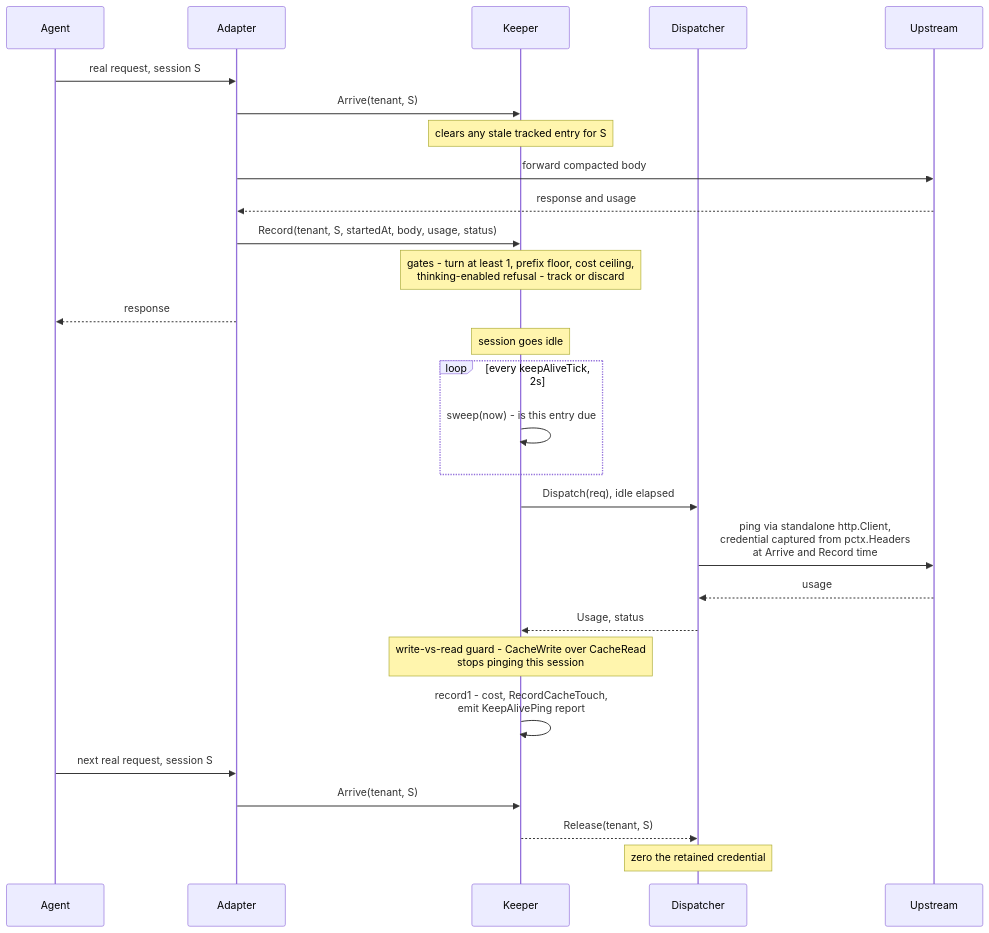
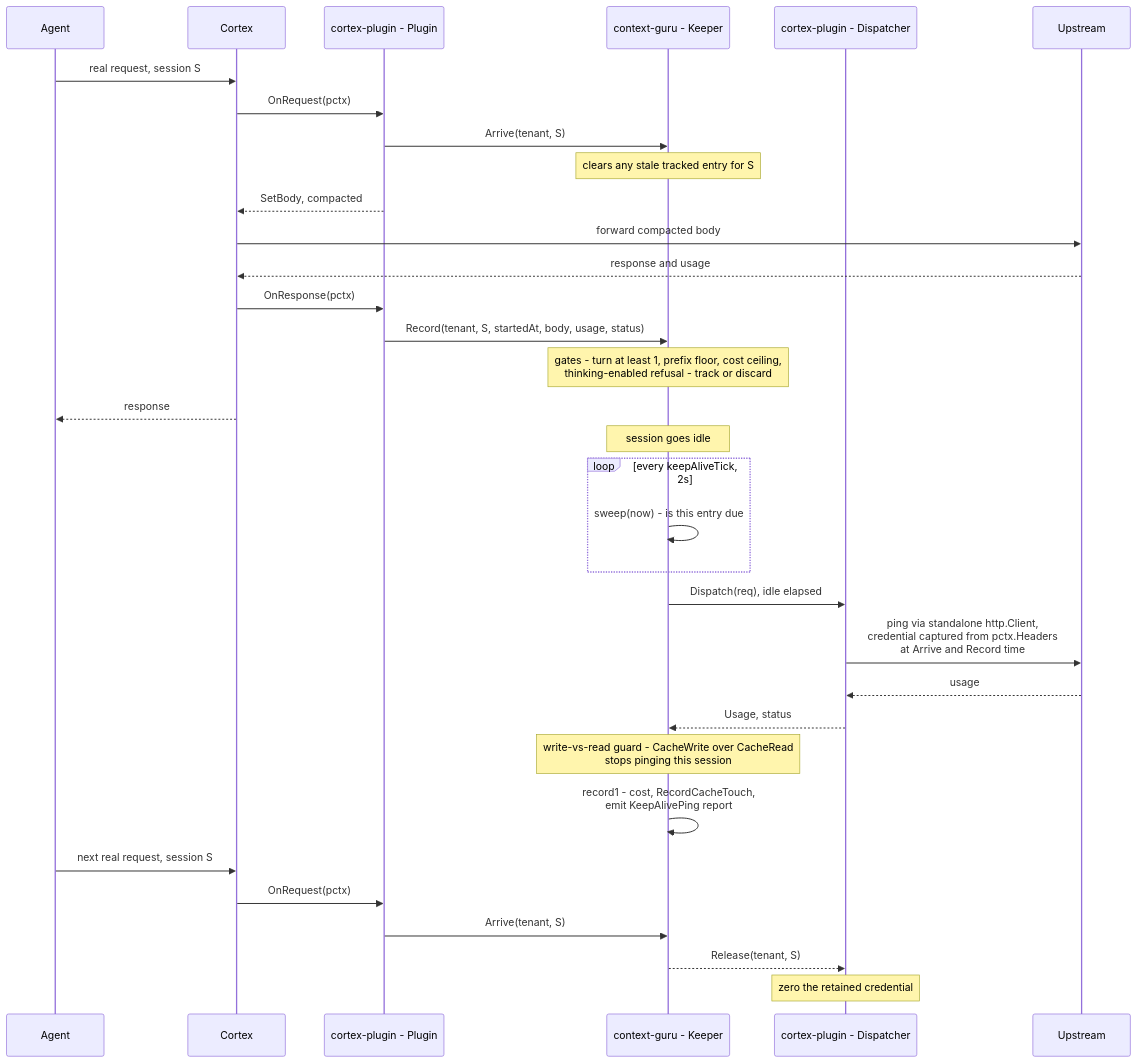
The third of 5 diagrams in docs/proposals/cortex-integration.md (rossoctl/context-guru), drawn with Mermaid before and after one commit. The commit also changed other lines of this file, not shown here.

Commit message:
docs: label §5.1's sequence diagram boxes by owning codebase
Adds an explicit Cortex pipeline hop (Agent -> Cortex -> Plugin) rather
than showing the plugin receiving traffic directly, and labels every
box context-guru / cortex-plugin / cortex so it's visible at a glance
which half of this is unmodified Cortex infra, which is the new
adapter we're proposing, and which is unchanged context-guru logic.

````diff
--- a/docs/proposals/cortex-integration.md
+++ b/docs/proposals/cortex-integration.md
@@ -197,33 +200,38 @@
 ```mermaid
 sequenceDiagram
     participant Agent
-    participant Adapter
-    participant Keeper
-    participant Dispatcher
+    participant Cortex
+    participant Plugin as cortex-plugin - Plugin
+    participant Keeper as context-guru - Keeper
+    participant Dispatcher as cortex-plugin - Dispatcher
     participant Upstream
 
-    Agent->>Adapter: real request, session S
-    Adapter->>Keeper: Arrive(tenant, S)
+    Agent->>Cortex: real request, session S
+    Cortex->>Plugin: OnRequest(pctx)
+    Plugin->>Keeper: Arrive(tenant, S)
     Note over Keeper: clears any stale tracked entry for S
-    Adapter->>Upstream: forward compacted body
-    Upstream-->>Adapter: response and usage
-    Adapter->>Keeper: Record(tenant, S, startedAt, body, usage, status)
+    Plugin-->>Cortex: SetBody, compacted
+    Cortex->>Upstream: forward compacted body
+    Upstream-->>Cortex: response and usage
+    Cortex->>Plugin: OnResponse(pctx)
+    Plugin->>Keeper: Record(tenant, S, startedAt, body, usage, status)
     Note over Keeper: gates - turn at least 1, prefix floor, cost ceiling,<br/>thinking-enabled refusal - track or discard
-    Adapter-->>Agent: response
+    Cortex-->>Agent: response
 
     Note over Keeper: session goes idle
     loop every keepAliveTick, 2s
         Keeper->>Keeper: sweep(now) - is this entry due
     end
     Keeper->>Dispatcher: Dispatch(req), idle elapsed
     Dispatcher->>Upstream: ping via standalone http.Client,<br/>credential captured from pctx.Headers<br/>at Arrive and Record time
     Upstream-->>Dispatcher: usage
     Dispatcher-->>Keeper: Usage, status
     Note over Keeper: write-vs-read guard - CacheWrite over CacheRead<br/>stops pinging this session
     Keeper->>Keeper: record1 - cost, RecordCacheTouch,<br/>emit KeepAlivePing report
 
-    Agent->>Adapter: next real request, session S
-    Adapter->>Keeper: Arrive(tenant, S)
+    Agent->>Cortex: next real request, session S
+    Cortex->>Plugin: OnRequest(pctx)
+    Plugin->>Keeper: Arrive(tenant, S)
     Keeper-->>Dispatcher: Release(tenant, S)
     Note over Dispatcher: zero the retained credential
 ```
````
